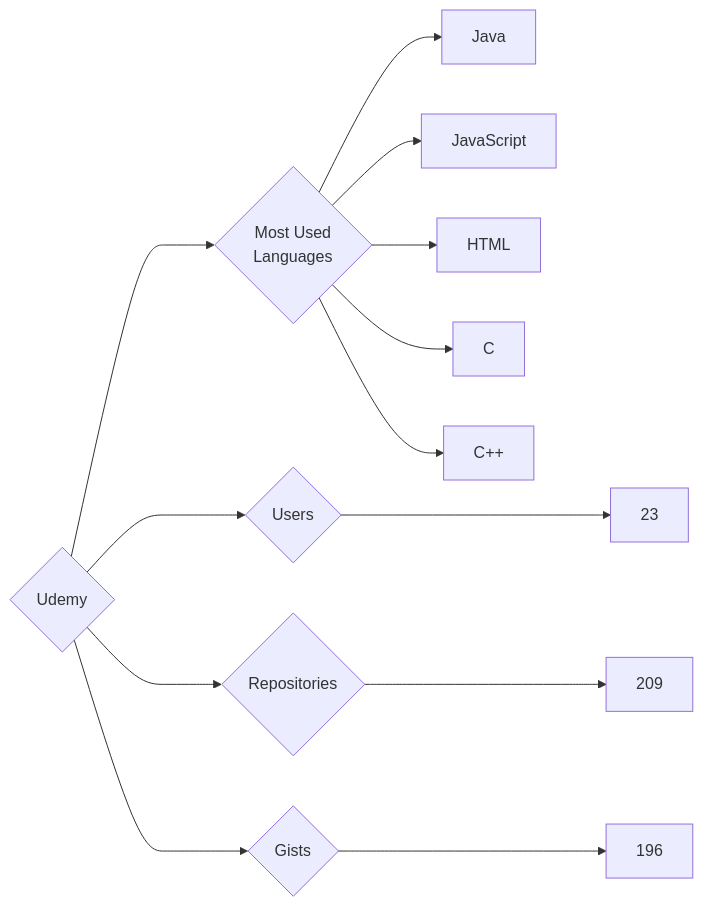
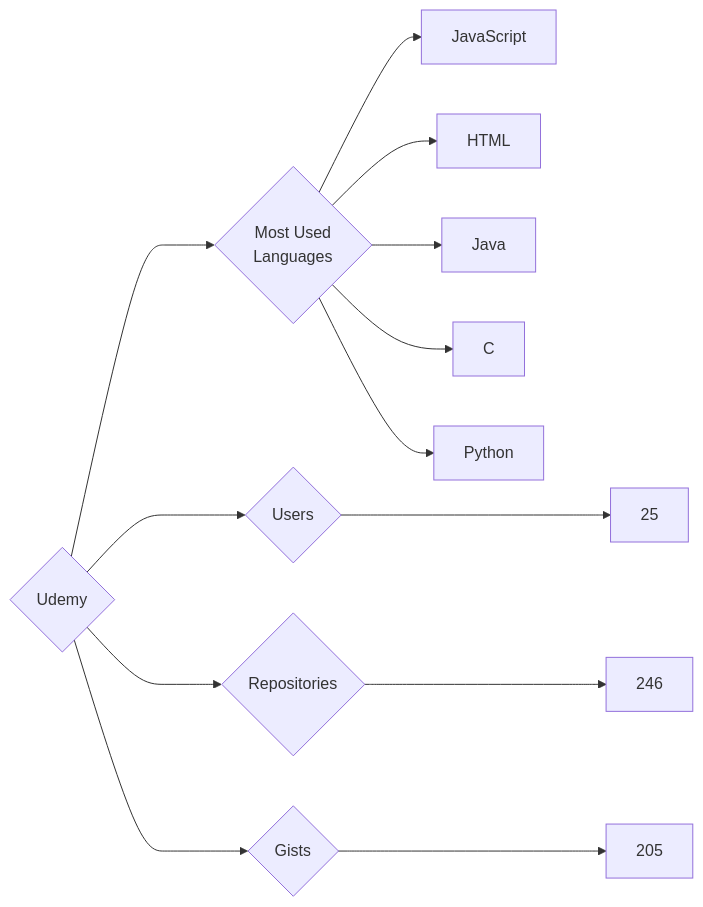
Before and after one commit to trickest/insiders: the diagram in targets/Udemy/README.md, drawn with Mermaid. The commit also changed 939 other files, not shown here.

````diff
--- a/targets/Udemy/README.md
+++ b/targets/Udemy/README.md
@@ -3,13 +3,13 @@
 ```mermaid
 graph LR
 COMPANY_NAME{Udemy}
-COMPANY_NAME ---> U{Users} ---> UN[23]
-COMPANY_NAME ---> R{Repositories} ---> RN[209]
-COMPANY_NAME ---> G{Gists} ---> GN[196]
+COMPANY_NAME ---> U{Users} ---> UN[25]
+COMPANY_NAME ---> R{Repositories} ---> RN[246]
+COMPANY_NAME ---> G{Gists} ---> GN[205]
 COMPANY_NAME ---> ML{Most Used<br>Languages}
-ML --> Java[Java]
 ML --> JavaScript[JavaScript]
 ML --> HTML[HTML]
+ML --> Java[Java]
 ML --> C[C]
-ML --> C++[C++]
+ML --> Python[Python]
 ```
````
